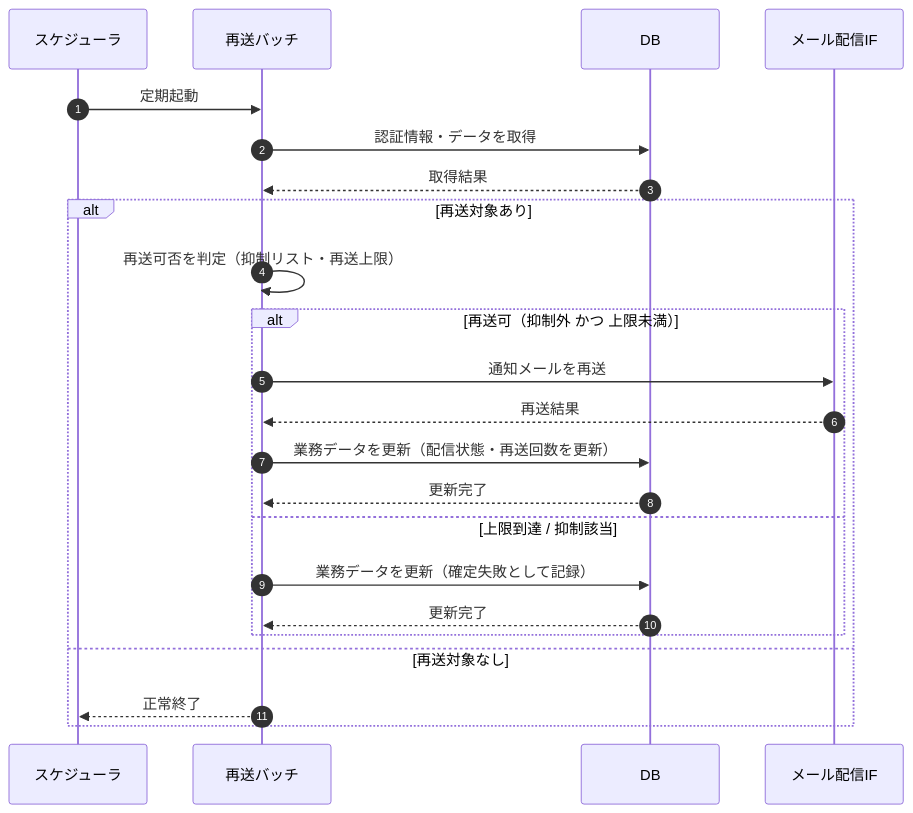
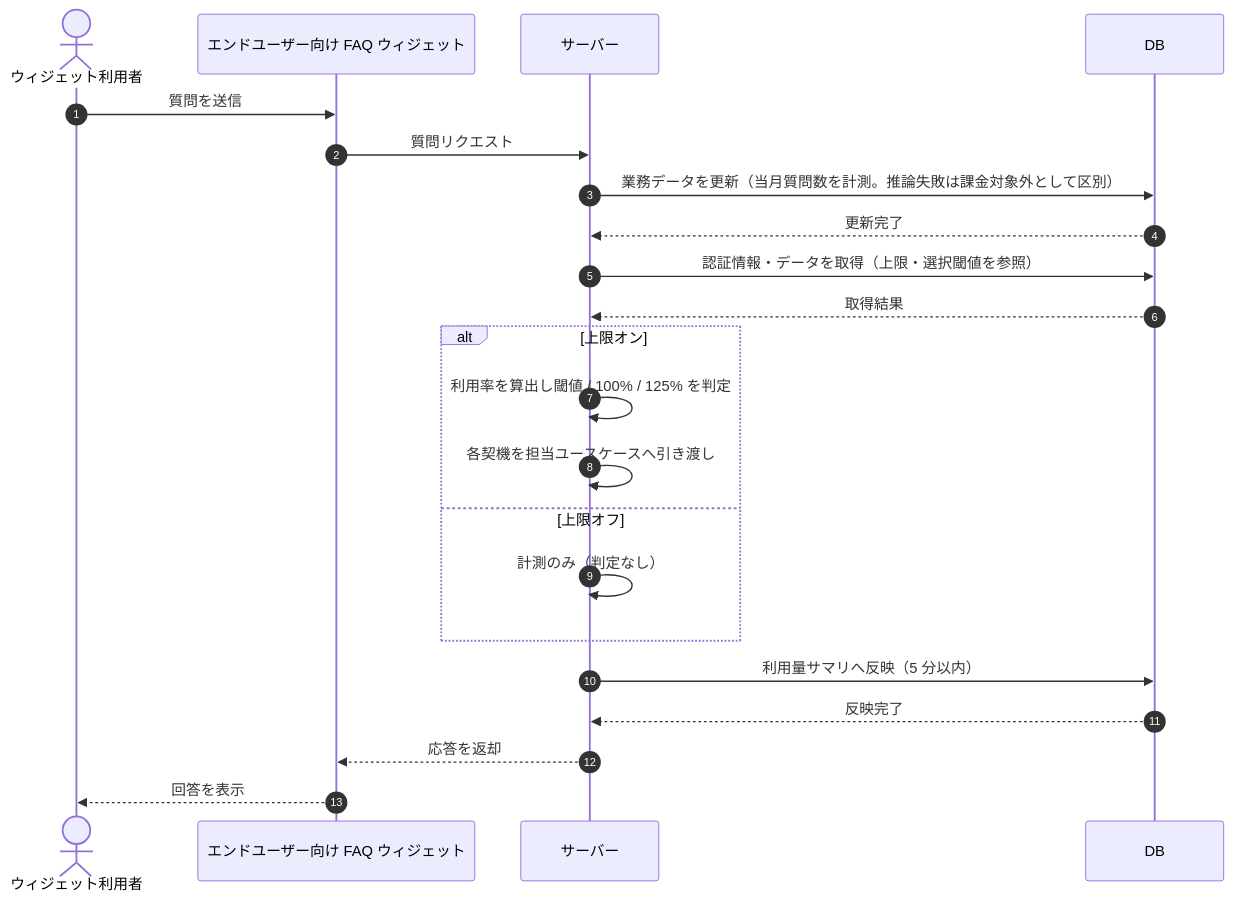
One commit to sikakou54/open-faq changed the diagram in 02_basic_design/03_sequences/SEQ-096.md. Above: the diagram before and after it, drawn with Mermaid. The commit also changed other lines of this file and 99 other files, not shown here.

````diff
--- a/02_basic_design/03_sequences/SEQ-096.md
+++ b/02_basic_design/03_sequences/SEQ-096.md
@@ -25,25 +25,24 @@
 ```mermaid
 sequenceDiagram
   autonumber
-  participant SCH as スケジューラ
-  participant B as 再送バッチ
+  actor U as ウィジェット利用者
+  participant Screen as エンドユーザー向け FAQ ウィジェット
+  participant Server as サーバー
   participant DB as DB
-  participant MAIL as メール配信IF
-  SCH->>B: 定期起動
-  B->>DB: 認証情報・データを取得
-  DB-->>B: 取得結果
-  alt 再送対象あり
-    B->>B: 再送可否を判定（抑制リスト・再送上限）
-    alt 再送可（抑制外 かつ 上限未満）
-      B->>MAIL: 通知メールを再送
-      MAIL-->>B: 再送結果
-      B->>DB: 業務データを更新（配信状態・再送回数を更新）
-      DB-->>B: 更新完了
-    else 上限到達 / 抑制該当
-      B->>DB: 業務データを更新（確定失敗として記録）
-      DB-->>B: 更新完了
-    end
-  else 再送対象なし
-    B-->>SCH: 正常終了
+  U->>Screen: 質問を送信
+  Screen->>Server: 質問リクエスト
+  Server->>DB: 業務データを更新（当月質問数を計測。推論失敗は課金対象外として区別）
+  DB-->>Server: 更新完了
+  Server->>DB: 認証情報・データを取得（上限・選択閾値を参照）
+  DB-->>Server: 取得結果
+  alt 上限オン
+    Server->>Server: 利用率を算出し閾値 / 100% / 125% を判定
+    Server->>Server: 各契機を担当ユースケースへ引き渡し
+  else 上限オフ
+    Server->>Server: 計測のみ（判定なし）
   end
+  Server->>DB: 利用量サマリへ反映（5 分以内）
+  DB-->>Server: 反映完了
+  Server-->>Screen: 応答を返却
+  Screen-->>U: 回答を表示
 ```
````
